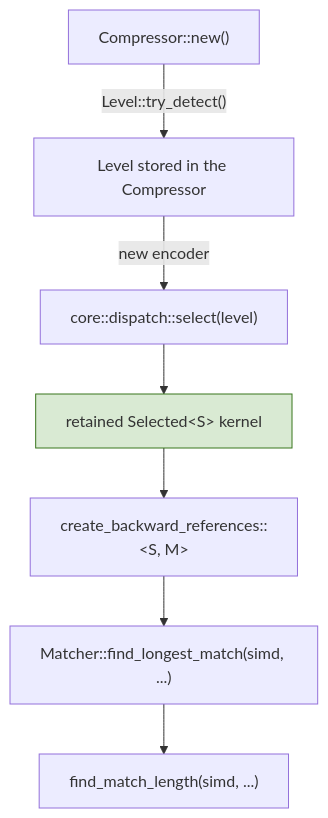
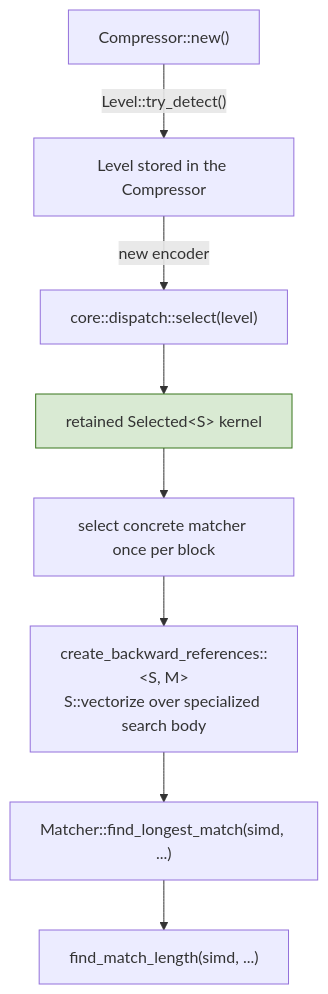
Before and after one commit to Mnwa/mbrotli: diagram 11 of 11 in architecture/greedy-encoder.md, drawn with Mermaid. The commit also changed other lines of this file and 34 other files, not shown here.

````diff
--- a/architecture/greedy-encoder.md
+++ b/architecture/greedy-encoder.md
@@ -489,12 +525,13 @@
 ```mermaid
 graph TD
     A["Compressor::new()"] -->|"Level::try_detect()"| B["Level stored in the Compressor"]
     B -->|"new encoder"| C["core::dispatch::select(level)"]
     C --> D["retained Selected&lt;S&gt; kernel"]
-    D --> E["create_backward_references::&lt;S, M&gt;"]
-    E --> F["Matcher::find_longest_match(simd, ...)"]
+    D --> E["select concrete matcher once per block"]
+    E --> V["create_backward_references::&lt;S, M&gt;<br/>S::vectorize over specialized search body"]
+    V --> F["Matcher::find_longest_match(simd, ...)"]
     F --> G["find_match_length(simd, ...)"]
 
     classDef once fill:#d9ead3,stroke:#38761d;
     class D once;
 ```
````
